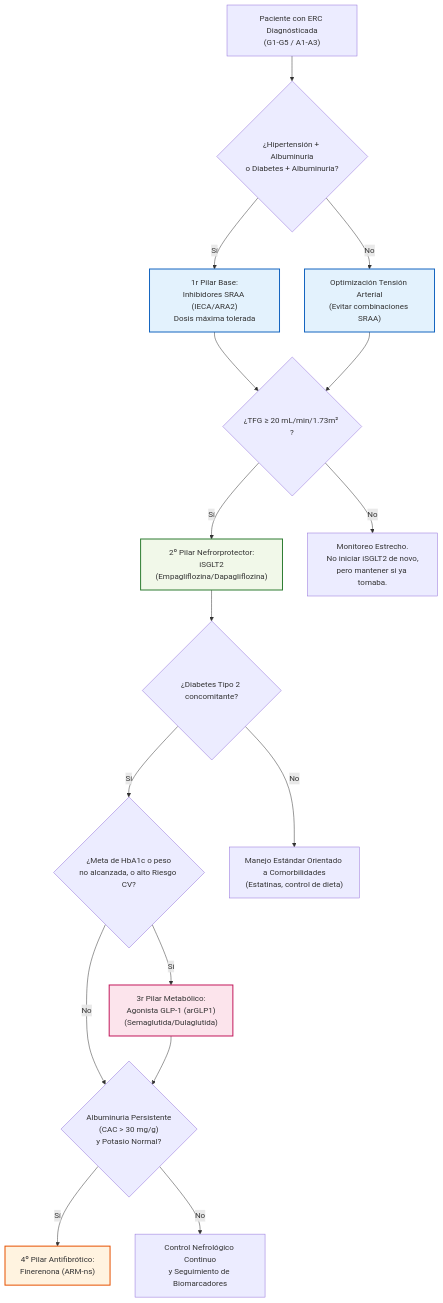
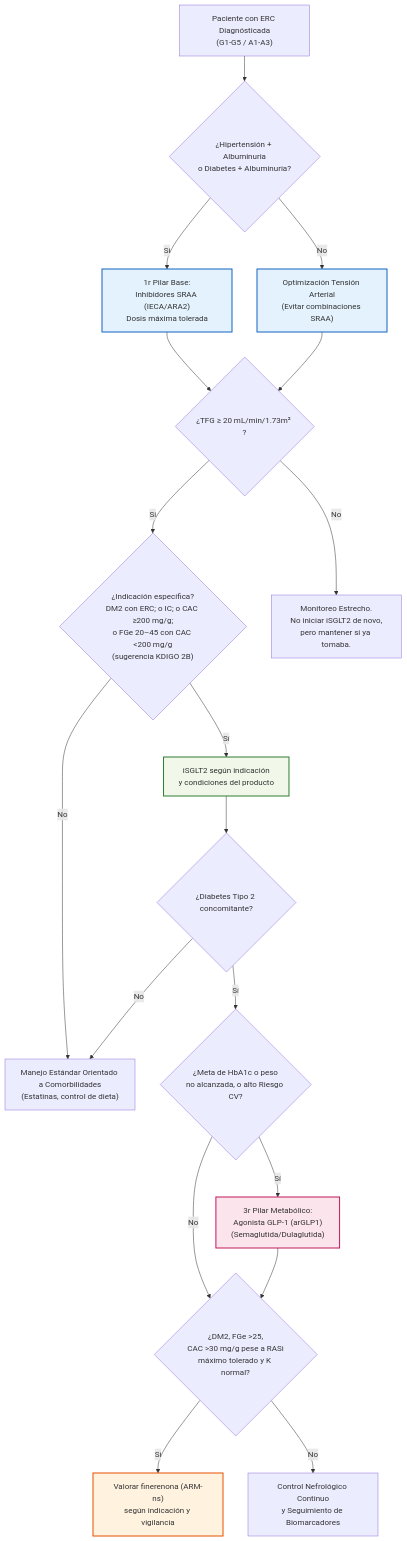
One commit to xino00/MIR-apuntes changed the diagram in 10_Patologias/06_Nefrologia/ERC - Fármacos Modificadores de la Enfermedad.md. Above: the diagram before and after it, drawn with Mermaid. The commit also changed other lines of this file and 171 other files, not shown here.

````diff
--- a/10_Patologias/06_Nefrologia/ERC - Fármacos Modificadores de la Enfermedad.md
+++ b/10_Patologias/06_Nefrologia/ERC - Fármacos Modificadores de la Enfermedad.md
@@ -42,32 +42,34 @@
 ```mermaid
 graph TD
     classDef base fill:#e3f2fd,stroke:#1565c0,stroke-width:2px;
     classDef sglt2 fill:#f1f8e9,stroke:#2e7d32,stroke-width:2px;
     classDef glp1 fill:#fce4ec,stroke:#c2185b,stroke-width:2px;
     classDef finerenone fill:#fff3e0,stroke:#e65100,stroke-width:2px;
     classDef decision fill:#ede7f6,stroke:#4527a0,stroke-width:2px,shape:rhombus;
     
     A["Paciente con ERC Diagnósticada<br>(G1-G5 / A1-A3)"] --> B{"¿Hipertensión + Albuminuria<br>o Diabetes + Albuminuria?"}
     
     B -- Sí --> C["1r Pilar Base:<br>Inhibidores SRAA (IECA/ARA2)<br>Dosis máxima tolerada"]:::base
     B -- No --> D["Optimización Tensión Arterial<br>(Evitar combinaciones SRAA)"]:::base
     
     C --> E{"¿TFG ≥ 20 mL/min/1.73m² ?"}
     D --> E
     
-    E -- Sí --> F["2º Pilar Nefrorprotector:<br>iSGLT2<br>(Empagliflozina/Dapagliflozina)"]:::sglt2
+    E -- Sí --> E2{"¿Indicación específica?<br>DM2 con ERC; o IC; o CAC ≥200 mg/g;<br>o FGe 20–45 con CAC &lt;200 mg/g<br>(sugerencia KDIGO 2B)"}
+    E2 -- Sí --> F["iSGLT2 según indicación<br>y condiciones del producto"]:::sglt2
+    E2 -- No --> J
     E -- No --> G["Monitoreo Estrecho.<br>No iniciar iSGLT2 de novo,<br>pero mantener si ya tomaba."]
     
     F --> H{"¿Diabetes Tipo 2 concomitante?"}
     
     H -- Sí --> I{"¿Meta de HbA1c o peso<br>no alcanzada, o alto Riesgo CV?"}
     H -- No --> J["Manejo Estándar Orientado a Comorbilidades<br>(Estatinas, control de dieta)"]
     
     I -- Sí --> K["3r Pilar Metabólico:<br>Agonista GLP-1 (arGLP1)<br>(Semaglutida/Dulaglutida)"]:::glp1
-    I -- No --> L{"Albuminuria Persistente<br>(CAC > 30 mg/g)<br>y Potasio Normal?"}
+    I -- No --> L{"¿DM2, FGe &gt;25,<br>CAC &gt;30 mg/g pese a RASi<br>máximo tolerado y K normal?"}
     
     K --> L
     
-    L -- Sí --> M["4º Pilar Antifibrótico:<br>Finerenona (ARM-ns)"]:::finerenone
+    L -- Sí --> M["Valorar finerenona (ARM-ns)<br>según indicación y vigilancia"]:::finerenone
     L -- No --> N["Control Nefrológico Continuo<br>y Seguimiento de Biomarcadores"]
 ```
````
